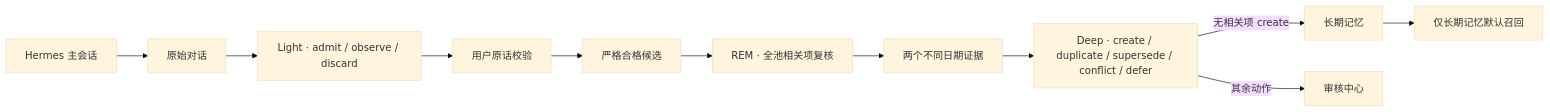
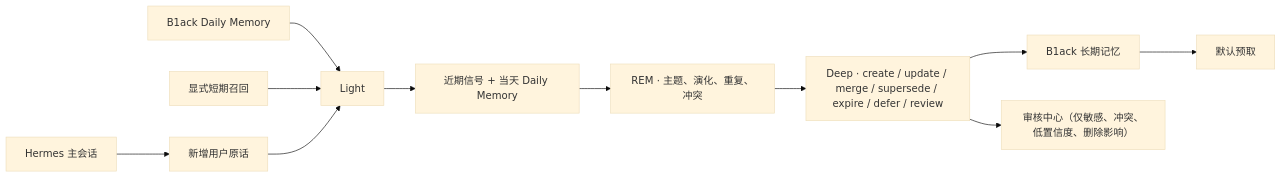
The diagram in README.md (B1ackHand666/B1ack-Memory), drawn with Mermaid (base theme) before and after one commit. The commit also changed other lines of this file and 27 other files, not shown here.

````diff
--- a/README.md
+++ b/README.md
@@ -128,13 +130,13 @@
 ```mermaid
 flowchart LR
-    A["Hermes 主会话"] --> B["原始对话"]
-    B --> C["Light · admit / observe / discard"]
-    C --> D["用户原话校验"]
-    D --> E["严格合格候选"]
-    E --> F["REM · 全池相关项复核"]
-    F --> G["两个不同日期证据"]
-    G --> H["Deep · create / duplicate / supersede / conflict / defer"]
-    H -->|"无相关项 create"| I["长期记忆"]
-    H -->|"其余动作"| J["审核中心"]
-    I --> K["仅长期记忆默认召回"]
+    A["Hermes 主会话"] --> B["新增用户原话"]
+    D["B1ack Daily Memory"] --> C
+    E["显式短期召回"] --> C
+    B --> C["Light"]
+    C --> F["近期信号 + 当天 Daily Memory"]
+    F --> G["REM · 主题、演化、重复、冲突"]
+    G --> H["Deep · create / update / merge / supersede / expire / defer / review"]
+    H --> I["B1ack 长期记忆"]
+    H --> J["审核中心（仅敏感、冲突、低置信度、删除影响）"]
+    I --> K["默认预取"]
 ```
````
